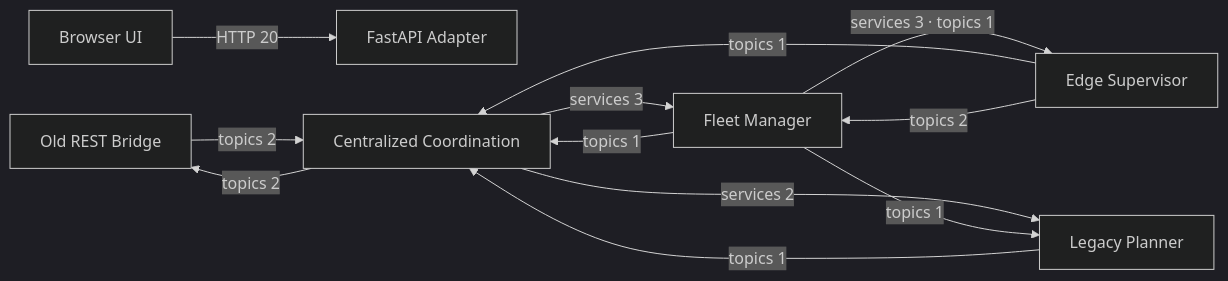
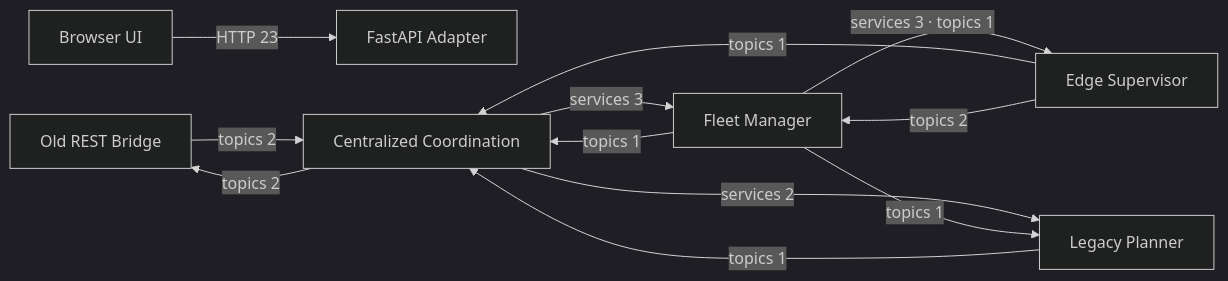
Before and after one commit to LEBaz2211/C2_imugs2: the first of 5 diagrams in docs/generated/index.md, drawn with Mermaid (dark theme). The commit also changed other lines of this file and 93 other files, not shown here.

First line of the commit message:
Add comprehensive tests for mission schema validation, Mongo maintenance, and operational context

````diff
--- a/docs/generated/index.md
+++ b/docs/generated/index.md
@@ -953,21 +953,21 @@
     ```mermaid
     flowchart LR
       N_component_api["FastAPI Adapter"]
       N_component_c2_rest["Old REST Bridge"]
       N_component_centralized["Centralized Coordination"]
       N_component_edge["Edge Supervisor"]
       N_component_fleet["Fleet Manager"]
       N_component_planner["Legacy Planner"]
       N_component_ui["Browser UI"]
       N_component_c2_rest -->|topics 2| N_component_centralized
       N_component_centralized -->|topics 2| N_component_c2_rest
       N_component_centralized -->|services 3| N_component_fleet
       N_component_centralized -->|services 2| N_component_planner
       N_component_edge -->|topics 1| N_component_centralized
       N_component_edge -->|topics 2| N_component_fleet
       N_component_fleet -->|topics 1| N_component_centralized
       N_component_fleet -->|services 3 · topics 1| N_component_edge
       N_component_fleet -->|topics 1| N_component_planner
       N_component_planner -->|topics 1| N_component_centralized
-      N_component_ui -->|HTTP 20| N_component_api
+      N_component_ui -->|HTTP 23| N_component_api
     ```
````
